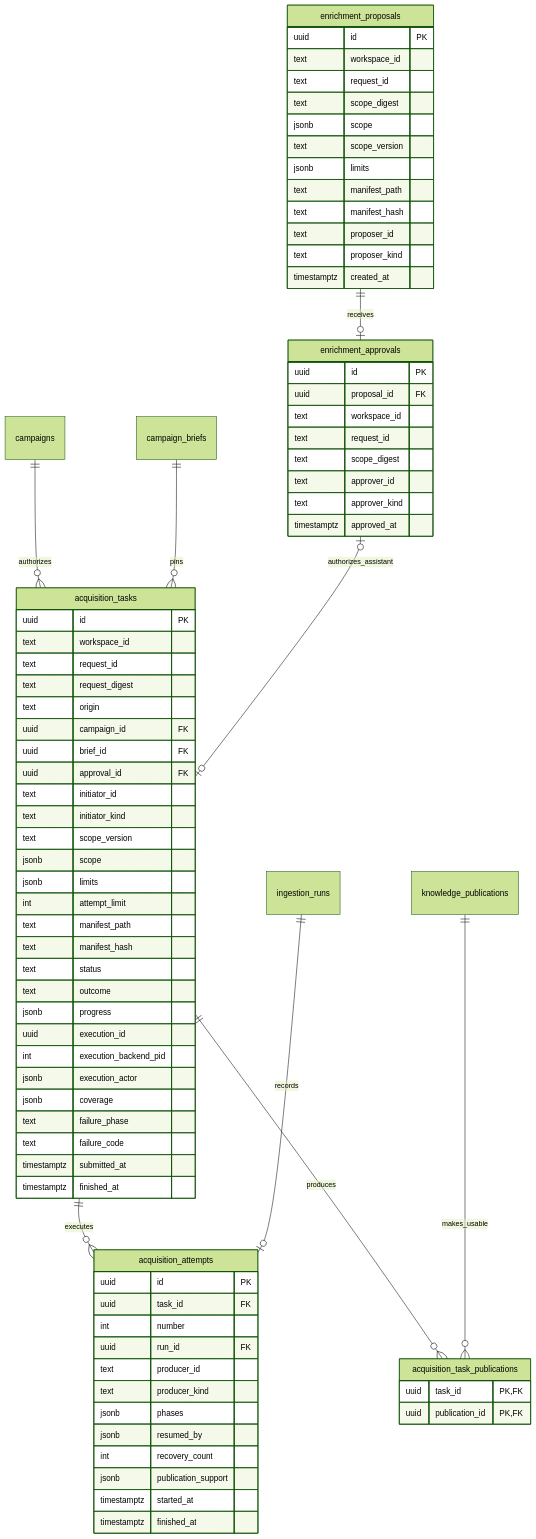
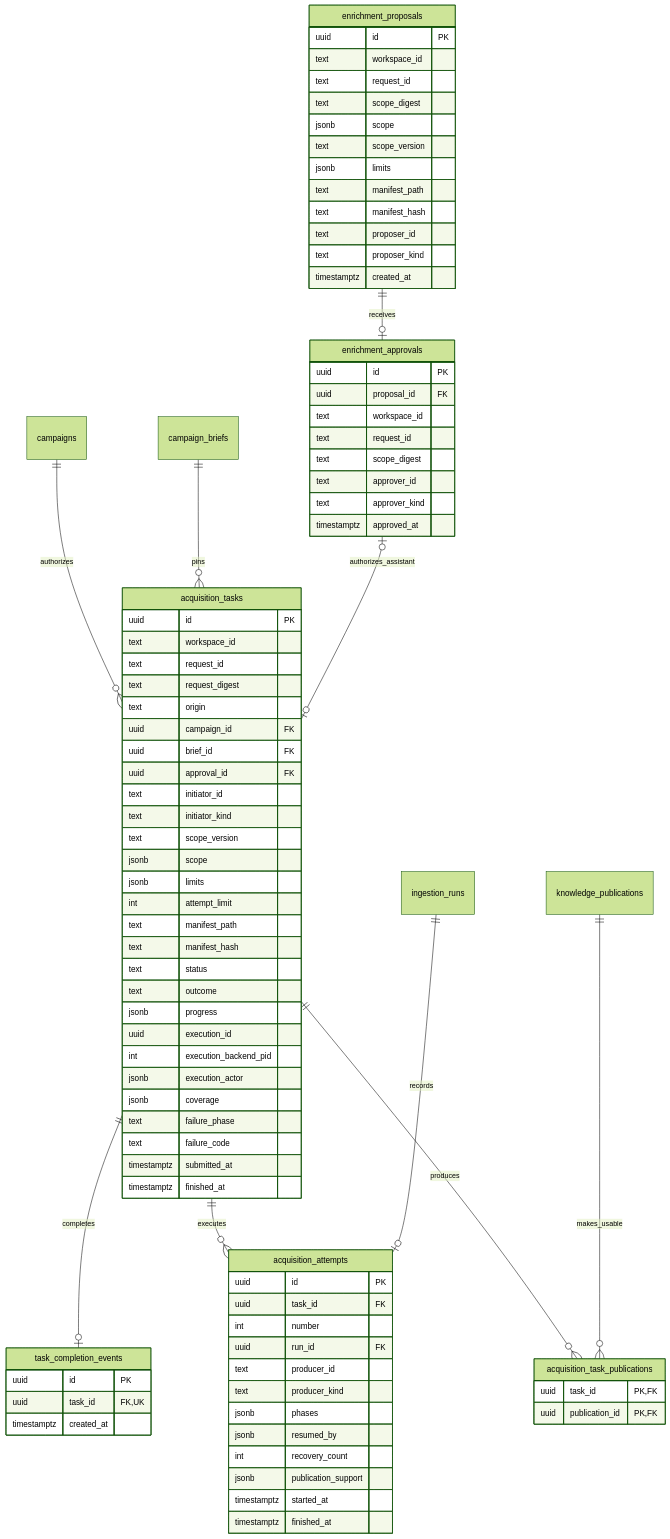
The sixth of 7 diagrams in docs/data-model.md (jinroylee/social-marketing-intelligence), drawn with Mermaid (forest theme) before and after one commit. The commit also changed other lines of this file and 25 other files, not shown here.

Commit message:
feat: deliver durable policy-aware task completion inbox

```diff
--- a/docs/data-model.md
+++ b/docs/data-model.md
@@ -505,6 +505,7 @@
     campaign_briefs ||--o{ acquisition_tasks : pins
     enrichment_proposals ||--o| enrichment_approvals : receives
     enrichment_approvals o|--o| acquisition_tasks : authorizes_assistant
+    acquisition_tasks ||--o| task_completion_events : completes
     acquisition_tasks ||--o{ acquisition_attempts : executes
     ingestion_runs ||--o| acquisition_attempts : records
     acquisition_tasks ||--o{ acquisition_task_publications : produces
@@ -576,6 +577,11 @@
         timestamptz started_at
         timestamptz finished_at
     }
+    task_completion_events {
+        uuid id PK
+        uuid task_id FK, UK
+        timestamptz created_at
+    }
     acquisition_task_publications {
         uuid task_id PK, FK
         uuid publication_id PK, FK
```
